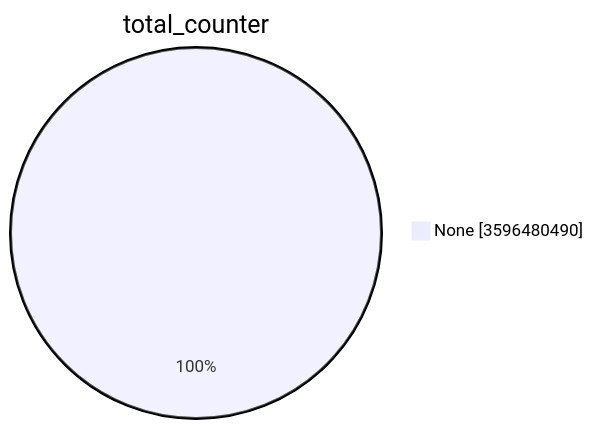
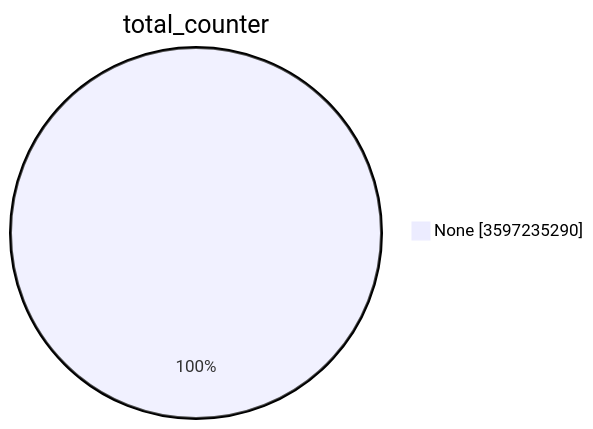
Before and after one commit to christiankrug/ctmonitor_visualization: the first of 15 diagrams in TOTAL/README.md, drawn with Mermaid. The commit also changed other lines of this file, not shown here.

````diff
--- a/TOTAL/README.md
+++ b/TOTAL/README.md
@@ -1,5 +1,5 @@
 ```mermaid
 pie showData
 title total_counter
-"None" :3596480490
+"None" :3597235290
 ```
````
